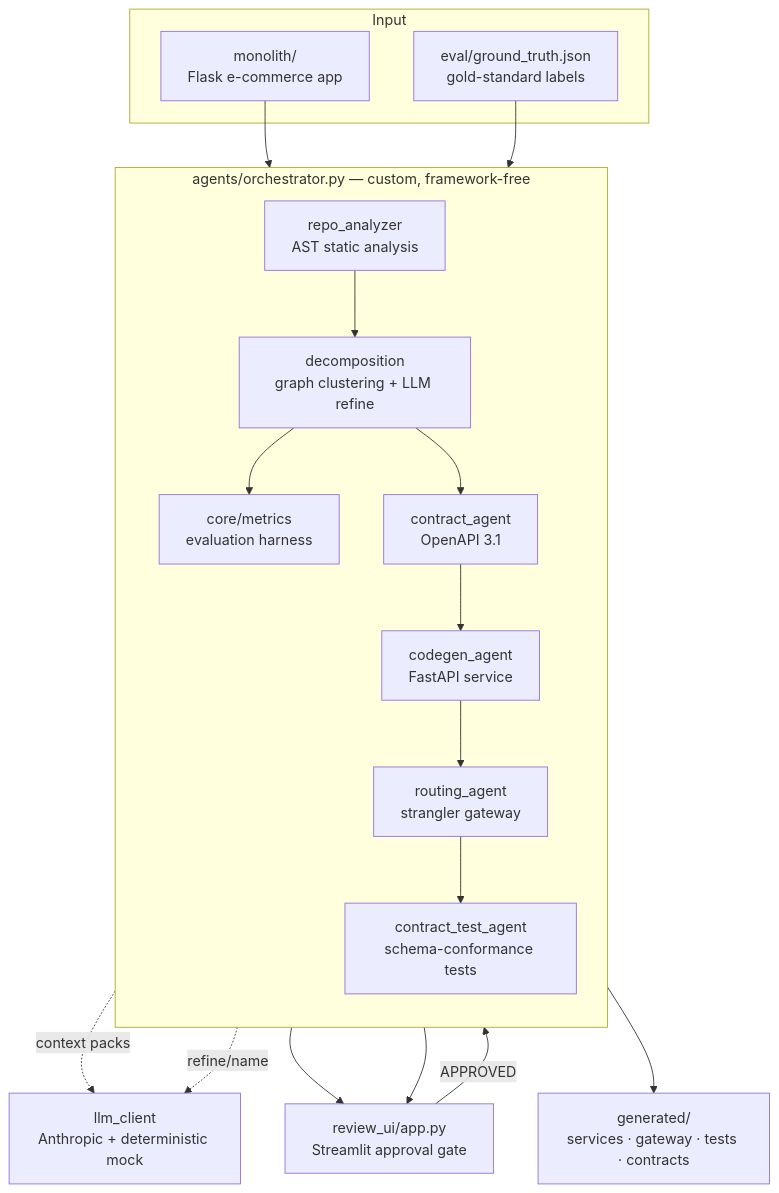
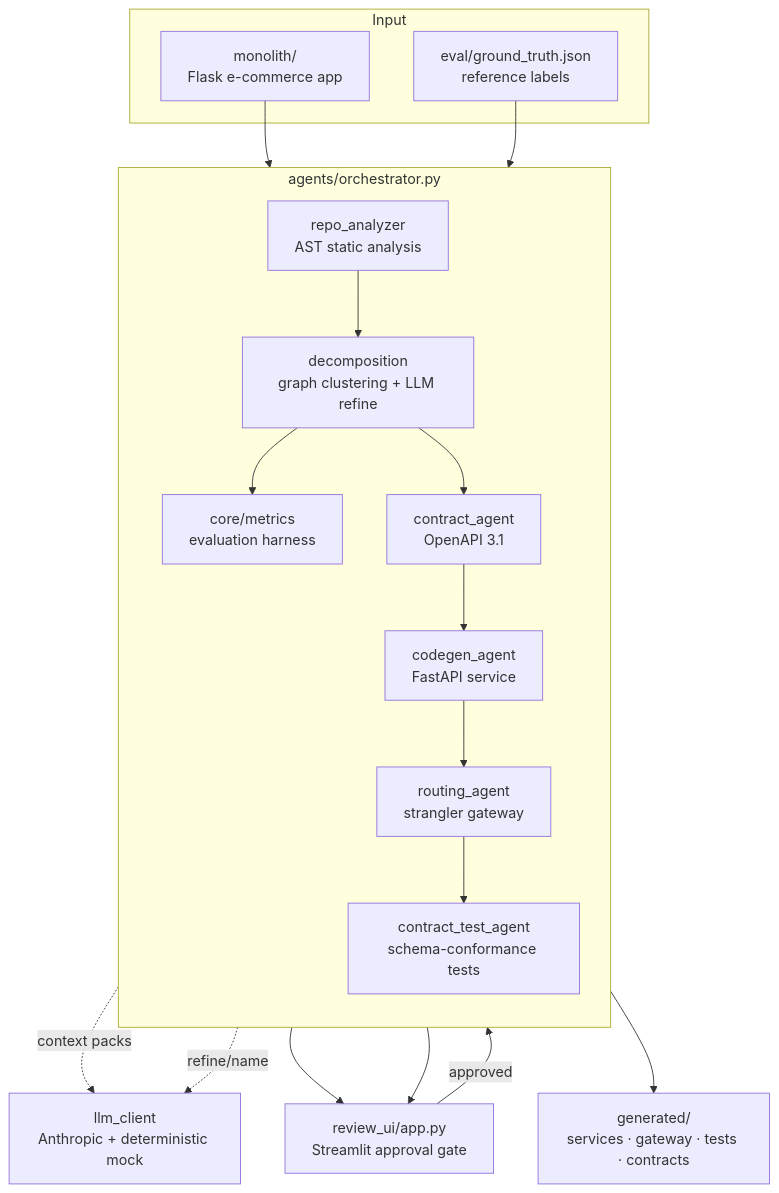
One commit to vivek-kumar9/mono2micro changed the first of 4 diagrams in README.md. Above: the diagram before and after it, drawn with Mermaid. The commit also changed other lines of this file and 1 other file, not shown here.

````diff
--- a/README.md
+++ b/README.md
@@ -46,33 +39,33 @@
 ```mermaid
 flowchart TB
     subgraph Input
         M[monolith/<br/>Flask e-commerce app]
-        GT[eval/ground_truth.json<br/>gold-standard labels]
+        GT[eval/ground_truth.json<br/>reference labels]
     end
 
-    subgraph Orchestrator["agents/orchestrator.py — custom, framework-free"]
+    subgraph Orchestrator["agents/orchestrator.py"]
         direction TB
         RA[repo_analyzer<br/>AST static analysis]
         DE[decomposition<br/>graph clustering + LLM refine]
         MT[core/metrics<br/>evaluation harness]
         CA[contract_agent<br/>OpenAPI 3.1]
         CG[codegen_agent<br/>FastAPI service]
         RT[routing_agent<br/>strangler gateway]
         CT[contract_test_agent<br/>schema-conformance tests]
     end
 
     LLM[llm_client<br/>Anthropic + deterministic mock]
     HITL[review_ui/app.py<br/>Streamlit approval gate]
 
     M --> RA --> DE --> MT
     DE --> CA
     RA -. context packs .-> LLM
     DE -. refine/name .-> LLM
     MT --> HITL
     DE --> HITL
-    HITL -- APPROVED --> CG
+    HITL -- approved --> CG
     CA --> CG --> RT --> CT
     GT --> MT
 
     CT --> OUT[generated/<br/>services · gateway · tests · contracts]
 ```
````
